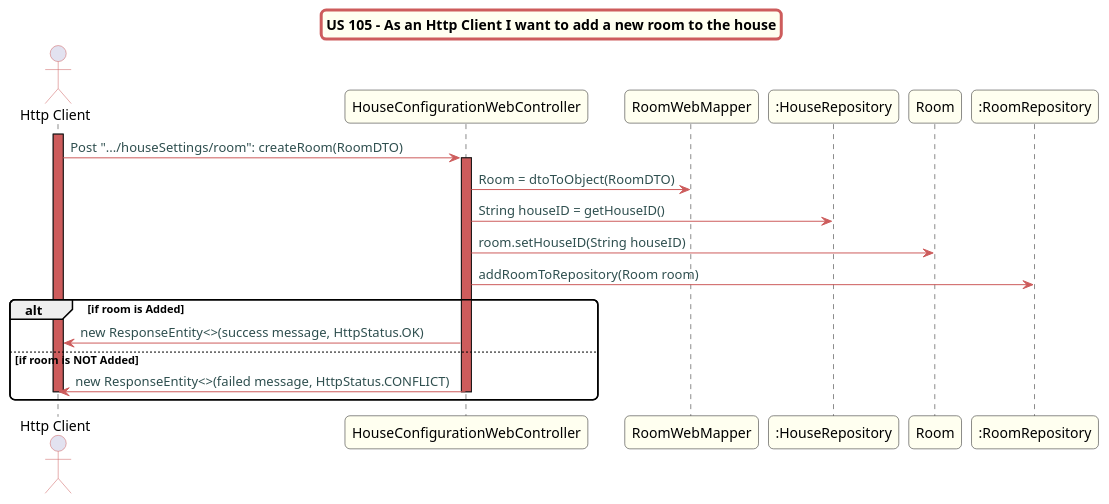
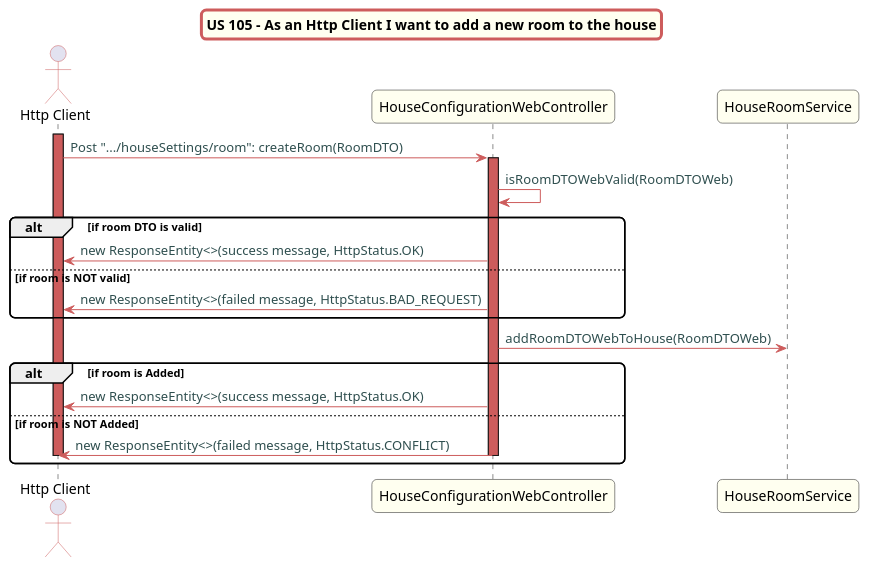
One commit to Almadanmp/project changed the diagram in src/doc/WEB_Controllers/HouseConfiguration/US105/US105.puml. Above: the diagram before and after it, drawn with PlantUML. The commit also changed 6 other files, not shown here.

```diff
--- a/src/doc/WEB_Controllers/HouseConfiguration/US105/US105.puml
+++ b/src/doc/WEB_Controllers/HouseConfiguration/US105/US105.puml
@@ -1,45 +1,47 @@
 @startuml
 skinparam titleBorderRoundCorner 10
 skinparam titleBorderThickness 3
 skinparam titleBorderColor indianred
 skinparam titleBackgroundColor ivory
 skinparam FontName quicksand
 
 skinparam actor {
  	BorderColor indianred
  	}
 
  skinparam sequence {
  	LifeLineBackgroundColor indianred
  	ParticipantBackgroundColor ivory
 }
 
  skinparam roundcorner 10
 
  skinparam component {
    arrowThickness 1
    ArrowFontName Verdana
    ArrowColor indianred
    ArrowFontColor darkslategrey
  }
 title US 105 - As an Http Client I want to add a new room to the house
 
 actor "Http Client"
 activate "Http Client"
 "Http Client" -> "HouseConfigurationWebController":  Post ".../houseSettings/room": createRoom(RoomDTO)
 activate "HouseConfigurationWebController"
-"HouseConfigurationWebController" -> "RoomWebMapper": Room = dtoToObject(RoomDTO)
-"HouseConfigurationWebController" -> ":HouseRepository": String houseID = getHouseID()
-"HouseConfigurationWebController" -> "Room": room.setHouseID(String houseID)
+"HouseConfigurationWebController" -> "HouseConfigurationWebController": isRoomDTOWebValid(RoomDTOWeb)
+alt if room DTO is valid
+"HouseConfigurationWebController" -> "Http Client": new ResponseEntity<>(success message, HttpStatus.OK)
+else if room is NOT valid
+"HouseConfigurationWebController" -> "Http Client": new ResponseEntity<>(failed message, HttpStatus.BAD_REQUEST)
+end
 
-"HouseConfigurationWebController" -> ":RoomRepository": addRoomToRepository(Room room)
+"HouseConfigurationWebController" -> "HouseRoomService": addRoomDTOWebToHouse(RoomDTOWeb)
 
 alt if room is Added
 "HouseConfigurationWebController" -> "Http Client": new ResponseEntity<>(success message, HttpStatus.OK)
 else if room is NOT Added
 "HouseConfigurationWebController" -> "Http Client": new ResponseEntity<>(failed message, HttpStatus.CONFLICT)
 deactivate "HouseConfigurationWebController"
 deactivate "Http Client"
 end
-
 @enduml
```
